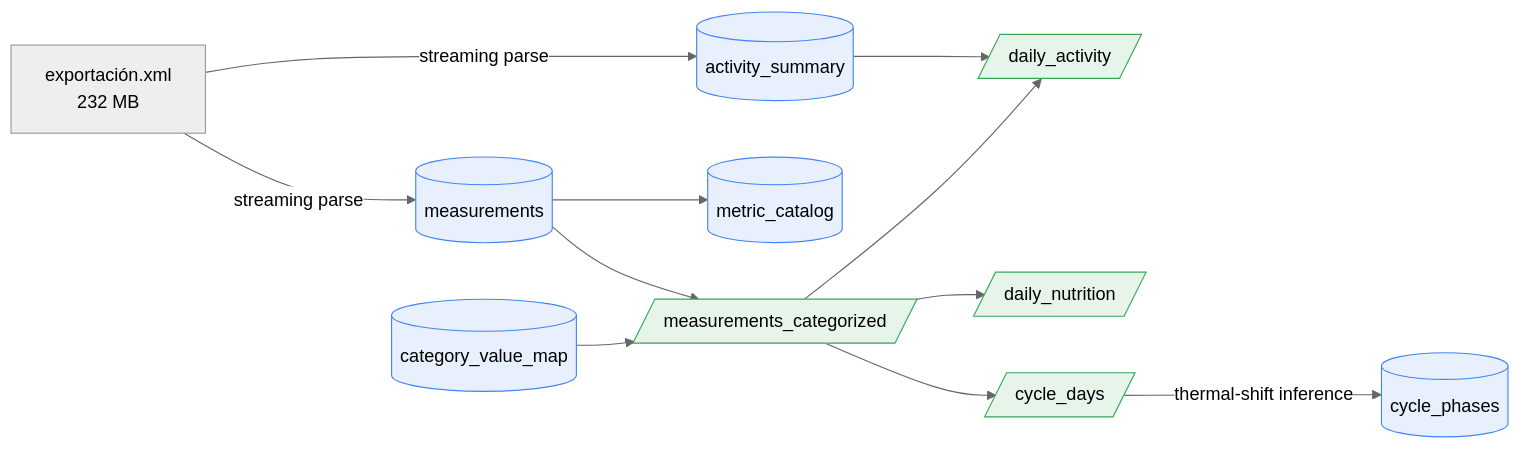
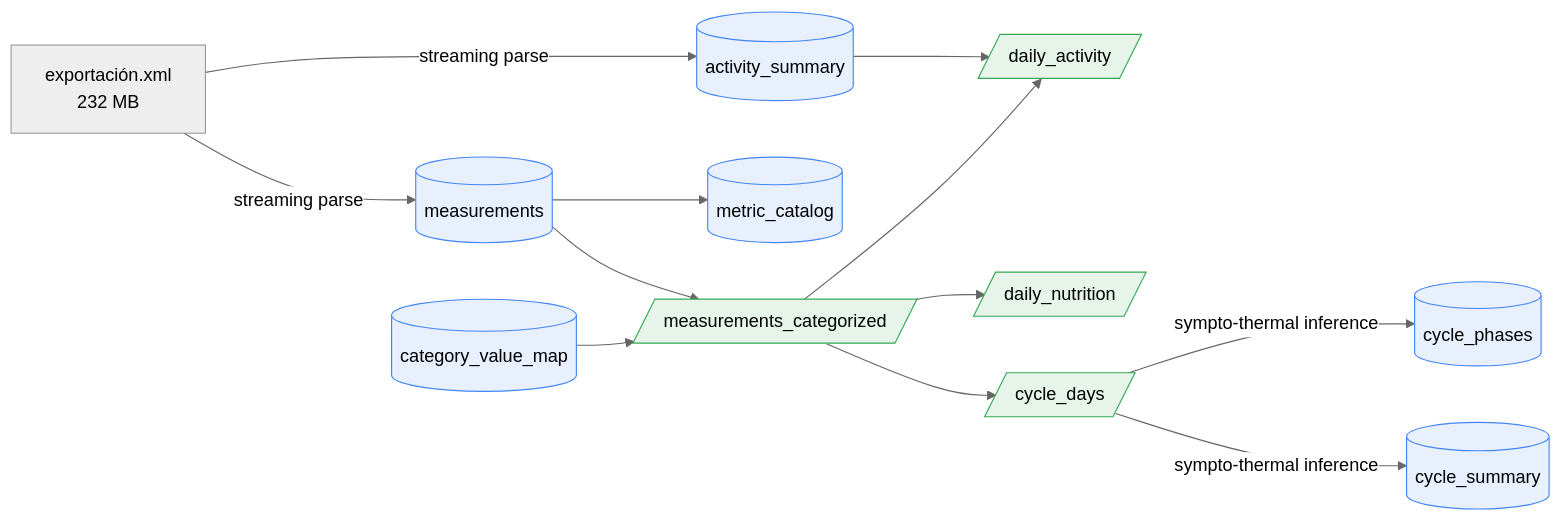
The diagram in docs/schema.md (verapalotai/syncology), drawn with Mermaid (neutral theme) before and after one commit. The commit also changed other lines of this file, not shown here.

Commit message:
docs: cycle-phase method + cycle_summary in data dictionary

````diff
--- a/docs/schema.md
+++ b/docs/schema.md
@@ -27,18 +27,19 @@
 ```mermaid
 flowchart LR
   XML[exportación.xml\n232 MB] -->|streaming parse| M[(measurements)]
   XML -->|streaming parse| AS[(activity_summary)]
   M --> MC[(metric_catalog)]
   CVM[(category_value_map)] --> CAT[/measurements_categorized/]
   M --> CAT
   CAT --> DA[/daily_activity/]
   AS --> DA
   CAT --> DN[/daily_nutrition/]
   CAT --> CD[/cycle_days/]
-  CD -->|thermal-shift inference| CP[(cycle_phases)]
+  CD -->|sympto-thermal inference| CP[(cycle_phases)]
+  CD -->|sympto-thermal inference| CS[(cycle_summary)]
 
   classDef tbl fill:#e8f0fe,stroke:#4285f4;
   classDef view fill:#e6f4ea,stroke:#34a853;
-  class M,AS,MC,CVM,CP tbl;
+  class M,AS,MC,CVM,CP,CS tbl;
   class CAT,DA,DN,CD view;
 ```
````
